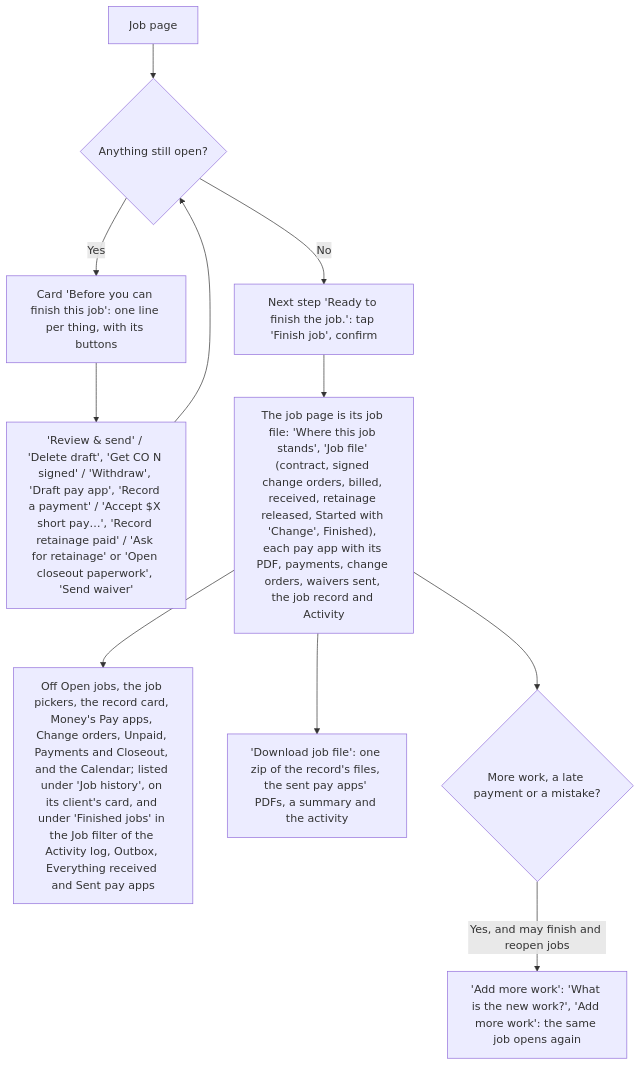
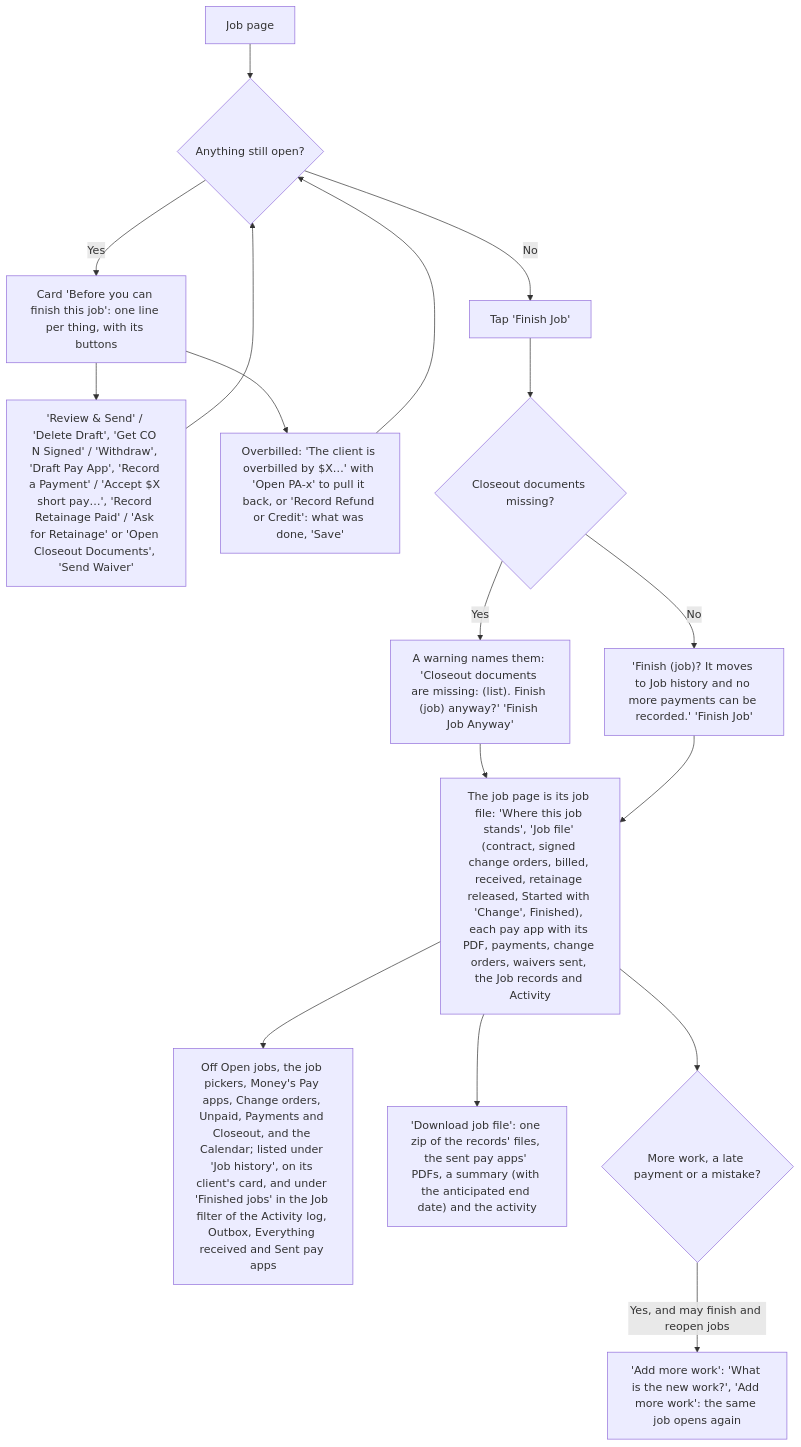
One commit to cartwrightstephen/billdable changed diagram 13 of 18 in docs/client-flows.md. Above: the diagram before and after it, drawn with Mermaid. The commit also changed other lines of this file and 2 other files, not shown here.

First line of the commit message:
Docs brought up to the Nov 3 overhaul: flows, README, manual test

````diff
--- a/docs/client-flows.md
+++ b/docs/client-flows.md
@@ -505,13 +576,19 @@
 ```mermaid
 flowchart TD
     A["Job page"] --> B{"Anything still open?"}
     B -->|"Yes"| C["Card 'Before you can finish this job': one line per thing, with its buttons"]
-    C --> D["'Review & send' / 'Delete draft', 'Get CO N signed' / 'Withdraw', 'Draft pay app', 'Record a payment' / 'Accept $X short pay…', 'Record retainage paid' / 'Ask for retainage' or 'Open closeout paperwork', 'Send waiver'"]
+    C --> D["'Review & Send' / 'Delete Draft', 'Get CO N Signed' / 'Withdraw', 'Draft Pay App', 'Record a Payment' / 'Accept $X short pay…', 'Record Retainage Paid' / 'Ask for Retainage' or 'Open Closeout Documents', 'Send Waiver'"]
+    C --> OB["Overbilled: 'The client is overbilled by $X…' with 'Open PA-x' to pull it back, or 'Record Refund or Credit': what was done, 'Save'"]
+    OB --> B
     D --> B
-    B -->|"No"| E["Next step 'Ready to finish the job.': tap 'Finish job', confirm"]
-    E --> F["The job page is its job file: 'Where this job stands', 'Job file' (contract, signed change orders, billed, received, retainage released, Started with 'Change', Finished), each pay app with its PDF, payments, change orders, waivers sent, the job record and Activity"]
-    F --> G["Off Open jobs, the job pickers, the record card, Money's Pay apps, Change orders, Unpaid, Payments and Closeout, and the Calendar; listed under 'Job history', on its client's card, and under 'Finished jobs' in the Job filter of the Activity log, Outbox, Everything received and Sent pay apps"]
-    F --> DL["'Download job file': one zip of the record's files, the sent pay apps' PDFs, a summary and the activity"]
+    B -->|"No"| E["Tap 'Finish Job'"]
+    E --> E1{"Closeout documents missing?"}
+    E1 -->|"Yes"| E2["A warning names them: 'Closeout documents are missing: (list). Finish (job) anyway?' 'Finish Job Anyway'"]
+    E1 -->|"No"| E3["'Finish (job)? It moves to Job history and no more payments can be recorded.' 'Finish Job'"]
+    E2 --> F
+    E3 --> F["The job page is its job file: 'Where this job stands', 'Job file' (contract, signed change orders, billed, received, retainage released, Started with 'Change', Finished), each pay app with its PDF, payments, change orders, waivers sent, the Job records and Activity"]
+    F --> G["Off Open jobs, the job pickers, Money's Pay apps, Change orders, Unpaid, Payments and Closeout, and the Calendar; listed under 'Job history', on its client's card, and under 'Finished jobs' in the Job filter of the Activity log, Outbox, Everything received and Sent pay apps"]
+    F --> DL["'Download job file': one zip of the records' files, the sent pay apps' PDFs, a summary (with the anticipated end date) and the activity"]
     F --> H{"More work, a late payment or a mistake?"}
     H -->|"Yes, and may finish and reopen jobs"| I["'Add more work': 'What is the new work?', 'Add more work': the same job opens again"]
 ```
````
